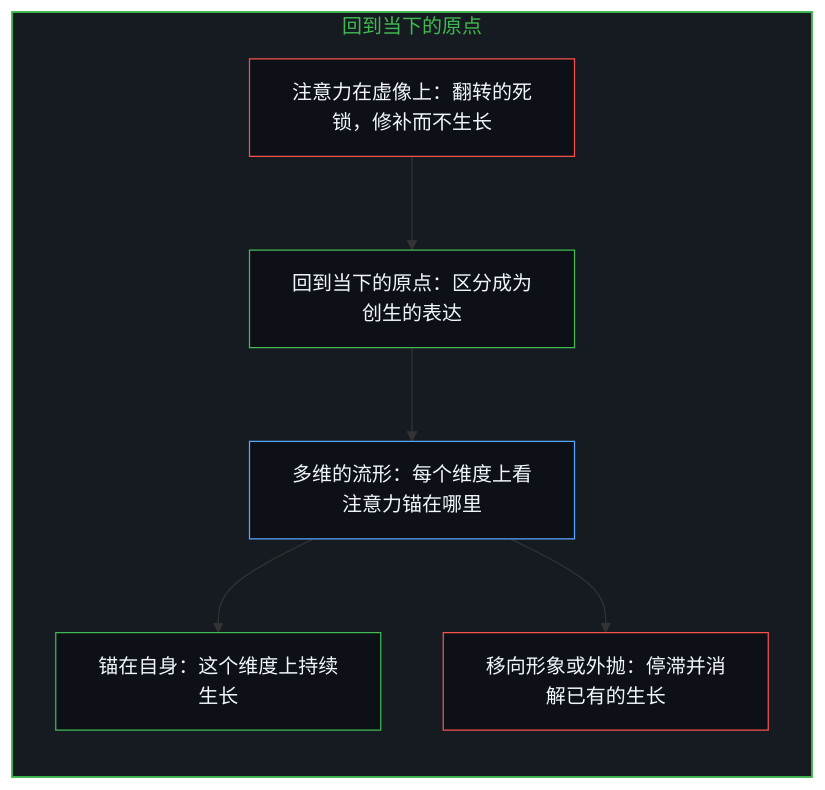
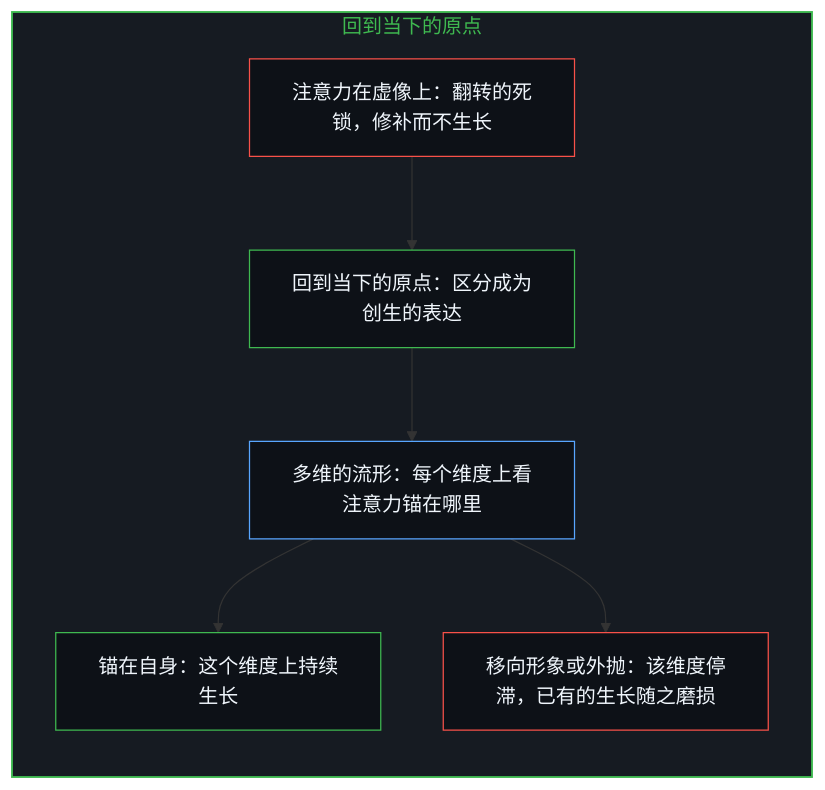
Before and after one commit to powerpig99/not-a-toe: diagram 15 of 18 in content/posts/the-geometry-of-coexistence-and-the-dual-cut.md, drawn with Mermaid. The commit also changed other lines of this file and 5 other files, not shown here.

````diff
--- a/content/posts/the-geometry-of-coexistence-and-the-dual-cut.md
+++ b/content/posts/the-geometry-of-coexistence-and-the-dual-cut.md
@@ -401,22 +387,21 @@
 ```mermaid
 flowchart TD
     subgraph S_Origin["回到当下的原点"]
         direction TB
         Shadow["注意力在虚像上：翻转的死锁，修补而不生长"]
         Present["回到当下的原点：区分成为创生的表达"]
         Dim["多维的流形：每个维度上看注意力锚在哪里"]
         GrowDim["锚在自身：这个维度上持续生长"]
-        Stall["移向形象或外抛：停滞并消解已有的生长"]
+        Stall["移向形象或外抛：该维度停滞，已有的生长随之磨损"]
         Shadow --> Present
         Present --> Dim
         Dim --> GrowDim
         Dim --> Stall
     end
-
     style S_Origin fill:#161b22,stroke:#3fb950,stroke-width:1.5px,color:#3fb950
     style Shadow fill:#0d1117,stroke:#f85149,stroke-width:1px,color:#f0f6fc
     style Present fill:#0d1117,stroke:#3fb950,stroke-width:1px,color:#f0f6fc
     style Dim fill:#0d1117,stroke:#58a6ff,stroke-width:1px,color:#f0f6fc
     style GrowDim fill:#0d1117,stroke:#3fb950,stroke-width:1px,color:#f0f6fc
     style Stall fill:#0d1117,stroke:#f85149,stroke-width:1px,color:#f0f6fc
 ```
````
